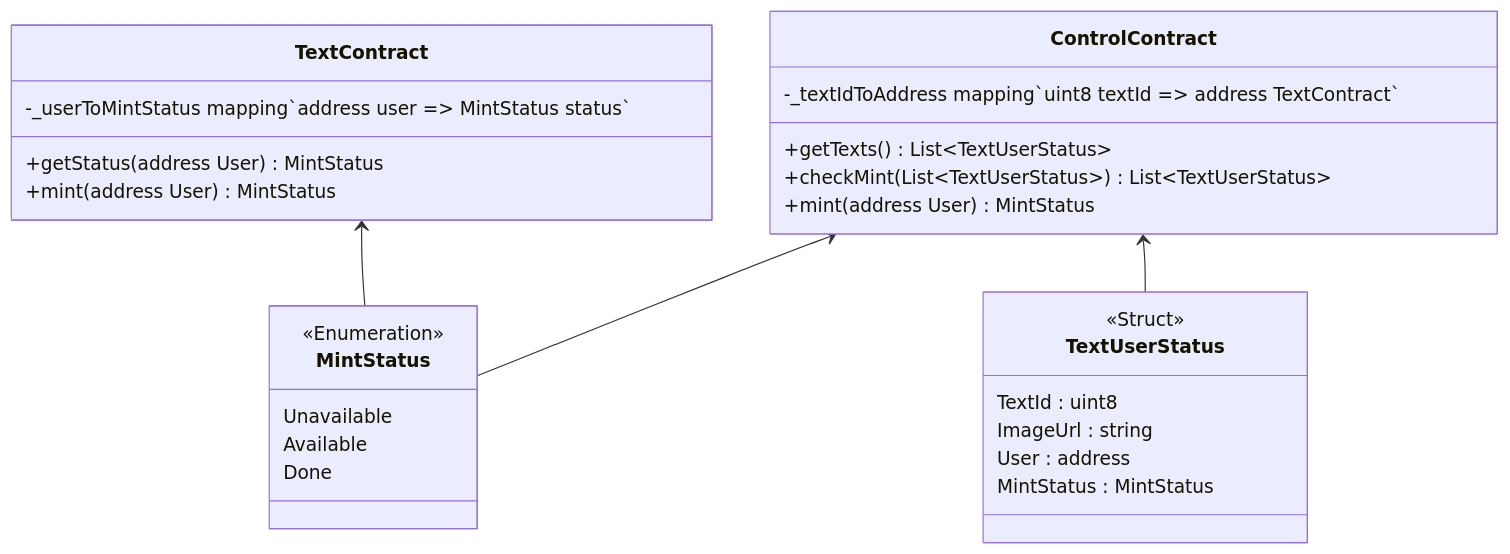
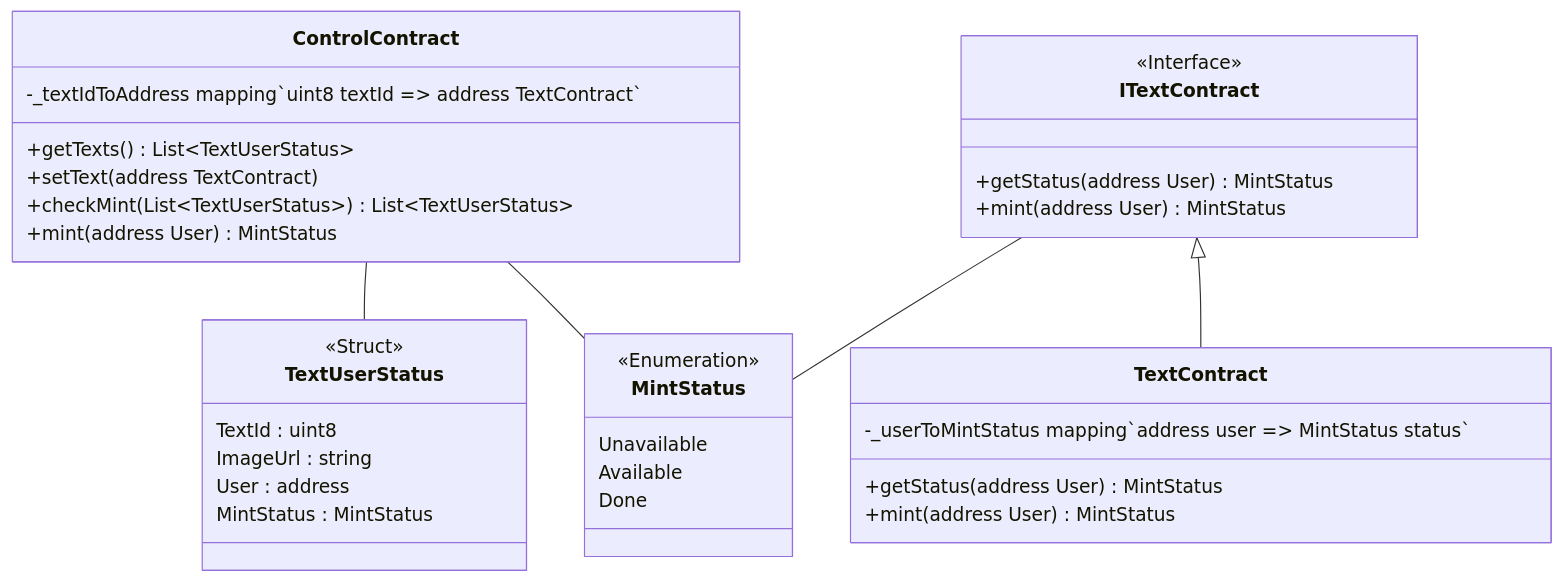
The third of 3 diagrams in NFT-distribution-diagram.md (honganji/NFT-Distribution-daigram), drawn with Mermaid before and after one commit. The commit also changed other lines of this file, not shown here.

Commit message:
mod class diagram Co-authored-by: Tonny <honganji@users.noreply.github.com> Co-authored-by: ysaito <60546319+yk-saito@users.noreply.github.com>

````diff
--- a/NFT-distribution-diagram.md
+++ b/NFT-distribution-diagram.md
@@ -47,34 +47,42 @@
 ```mermaid
 classDiagram
-    ControlContract <--MintStatus
-    ControlContract <--TextUserStatus
-    TextContract <-- MintStatus
+    ControlContract -- MintStatus
+    ControlContract -- TextUserStatus
+    ITextContract <|-- TextContract
+    ITextContract -- MintStatus
 
     class ControlContract {
         -_textIdToAddress mapping`uint8 textId => address TextContract`
         +getTexts() List~TextUserStatus~
+        +setText(address TextContract)
         +checkMint(List~TextUserStatus~) List~TextUserStatus~
+        +mint(address User) MintStatus
+    }
+
+    class ITextContract {
+        <<Interface>>
+        +getStatus(address User) MintStatus
         +mint(address User) MintStatus
     }
 
     class TextContract {
         -_userToMintStatus mapping`address user => MintStatus status`
         +getStatus(address User) MintStatus
         +mint(address User) MintStatus
     }
 
     class MintStatus {
         <<Enumeration>>
         Unavailable
         Available
         Done
     }
 
     class TextUserStatus {
         <<Struct>>
         TextId : uint8
         ImageUrl : string
         User : address
         MintStatus : MintStatus
     }
 ```
````
